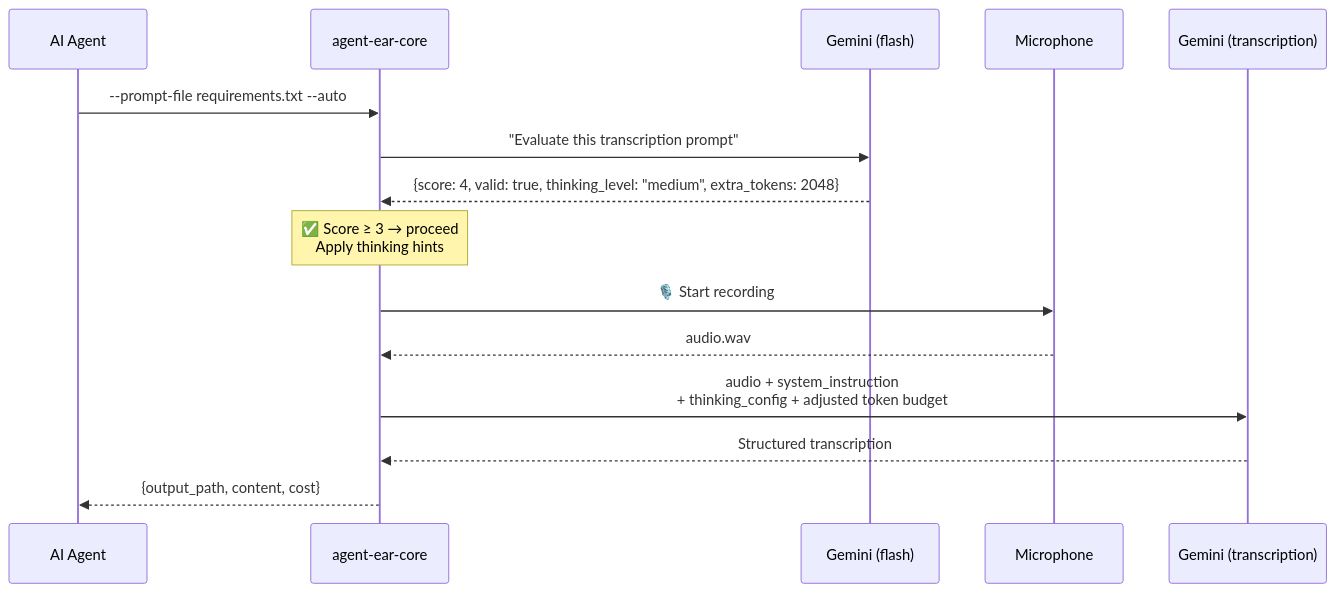
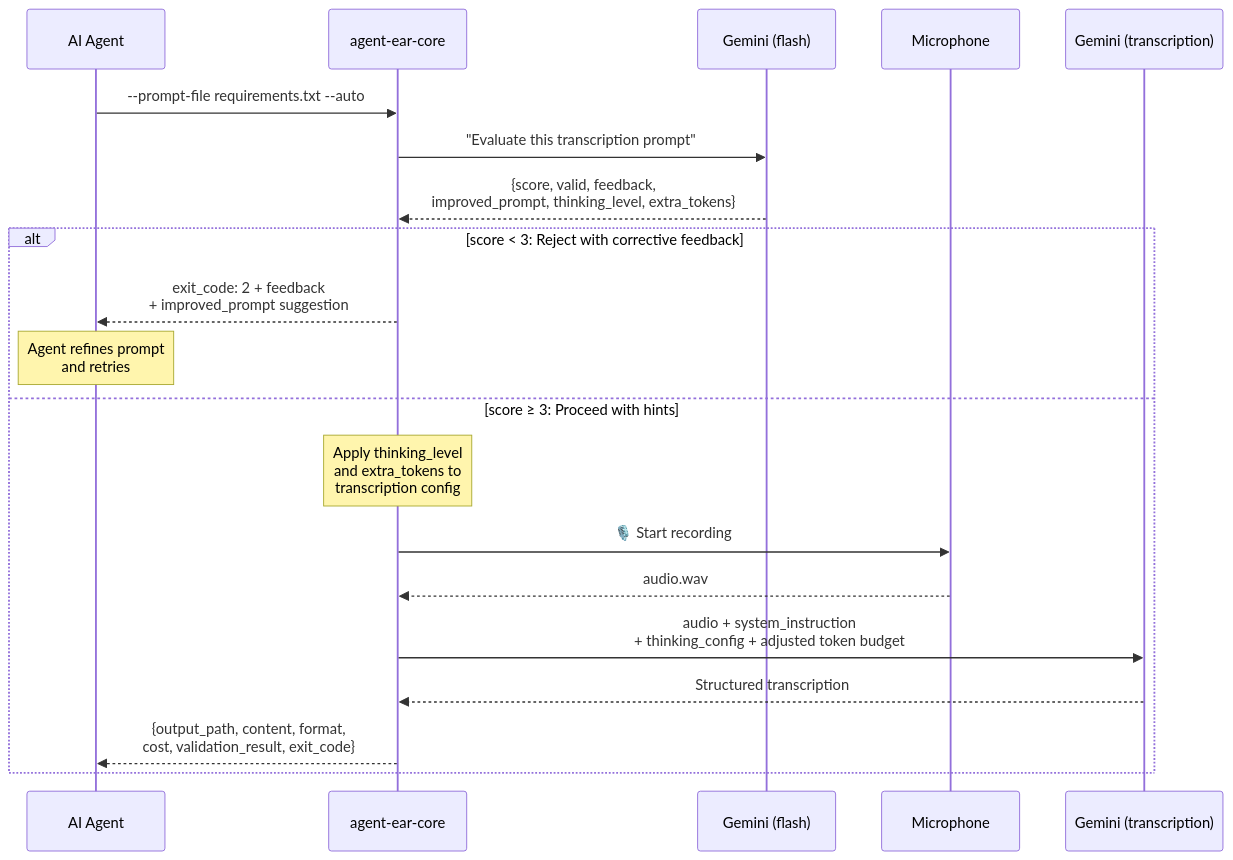
The third of 6 diagrams in docs/explanation/architecture.md (Aurelian-Shuttleworth/agent-ear), drawn with Mermaid before and after one commit. The commit also changed 1 other file, not shown here.

Commit message:
fix(docs): complete LLM-as-a-Judge diagram with full response schema and reject path
- Show alt/else branching: reject (score < 3) returns improved_prompt
  + feedback to agent; pass (score ≥ 3) applies hints and proceeds
- Include all response fields: score, valid, feedback, improved_prompt,
  thinking_level, extra_tokens
- Fix return dict to match code: add format, validation_result, exit_code
- Fix stale model reference in prompt_validator.py docstring:
  gemini-3.1-flash-lite-preview → gemini-3.5-flash

````diff
--- a/docs/explanation/architecture.md
+++ b/docs/explanation/architecture.md
@@ -84,18 +84,26 @@
 ```mermaid
 sequenceDiagram
     participant Agent as AI Agent
     participant Ear as agent-ear-core
     participant Judge as Gemini (flash)
     participant Mic as Microphone
     participant Trans as Gemini (transcription)
 
     Agent->>Ear: --prompt-file requirements.txt --auto
+
+    %% Validation phase — judge evaluates AND improves
     Ear->>Judge: "Evaluate this transcription prompt"
-    Judge-->>Ear: {score: 4, valid: true, thinking_level: "medium", extra_tokens: 2048}
-    Note over Ear: ✅ Score ≥ 3 → proceed<br/>Apply thinking hints
-    Ear->>Mic: 🎙️ Start recording
-    Mic-->>Ear: audio.wav
-    Ear->>Trans: audio + system_instruction<br/>+ thinking_config + adjusted token budget
-    Trans-->>Ear: Structured transcription
-    Ear-->>Agent: {output_path, content, cost}
+    Judge-->>Ear: {score, valid, feedback,<br/>improved_prompt, thinking_level, extra_tokens}
+
+    alt score < 3: Reject with corrective feedback
+        Ear-->>Agent: exit_code: 2 + feedback<br/>+ improved_prompt suggestion
+        Note over Agent: Agent refines prompt<br/>and retries
+    else score ≥ 3: Proceed with hints
+        Note over Ear: Apply thinking_level<br/>and extra_tokens to<br/>transcription config
+        Ear->>Mic: 🎙️ Start recording
+        Mic-->>Ear: audio.wav
+        Ear->>Trans: audio + system_instruction<br/>+ thinking_config + adjusted token budget
+        Trans-->>Ear: Structured transcription
+        Ear-->>Agent: {output_path, content, format,<br/>cost, validation_result, exit_code}
+    end
 ```
````
